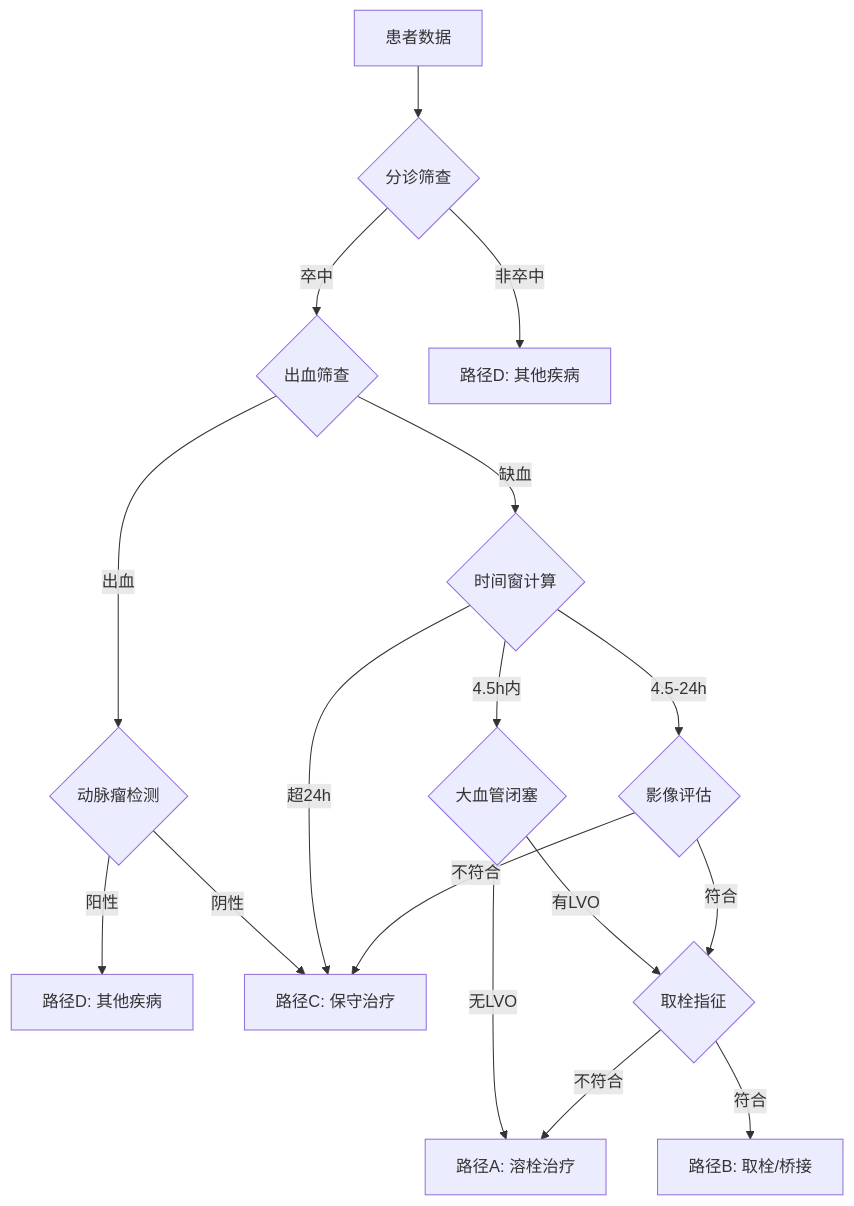
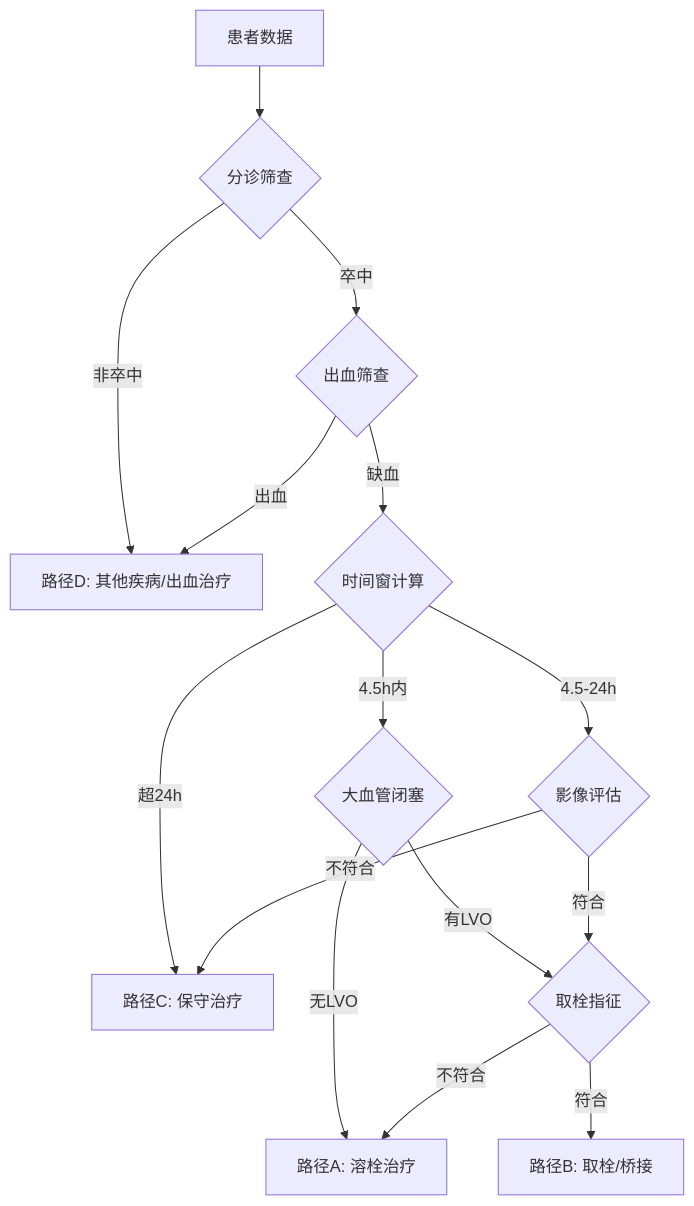
The diagram in README_CN.md (lz-code-2844/Stroke-CDSS), drawn with Mermaid before and after one commit. The commit also changed other lines of this file and 35 other files, not shown here.

````diff
--- a/README_CN.md
+++ b/README_CN.md
@@ -127,19 +127,17 @@
 ```mermaid
 graph TD
     A[患者数据] --> B{分诊筛查}
     B -->|卒中| C{出血筛查}
-    B -->|非卒中| D[路径D: 其他疾病]
-    C -->|出血| E{动脉瘤检测}
+    B -->|非卒中| D[路径D: 其他疾病/出血治疗]
+    C -->|出血| D
     C -->|缺血| F{时间窗计算}
-    E -->|阳性| G[路径D: 其他疾病]
-    E -->|阴性| H[路径C: 保守治疗]
-    F -->|超24h| H
+    F -->|超24h| H[路径C: 保守治疗]
     F -->|4.5h内| I{大血管闭塞}
     F -->|4.5-24h| J{影像评估}
     I -->|无LVO| K[路径A: 溶栓治疗]
     I -->|有LVO| L{取栓指征}
     J -->|不符合| H
     J -->|符合| L
     L -->|符合| M[路径B: 取栓/桥接]
     L -->|不符合| K
 ```
````
